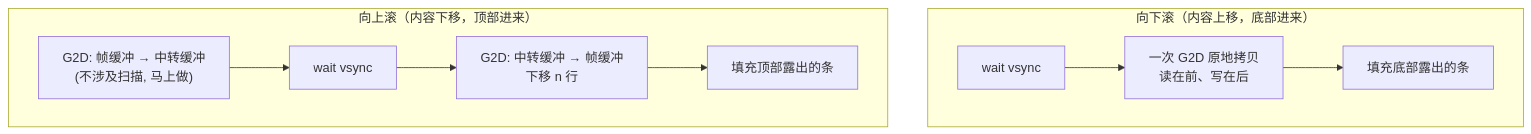
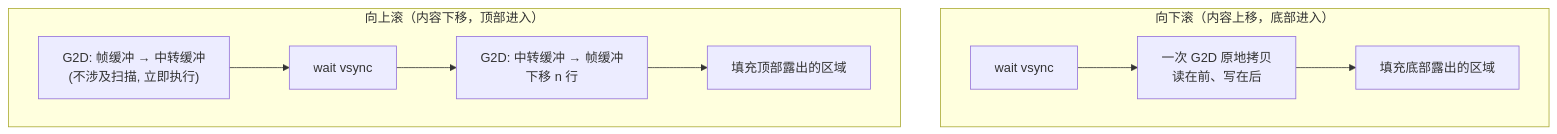
The fifth of 6 diagrams in source/_posts/2026-10-14-lvgl-fast-scroll.md (YuzukiTsuru/YuzukiTsuru.GitHub.io), drawn with Mermaid before and after one commit. The commit also changed other lines of this file and 2 other files, not shown here.

````diff
--- a/source/_posts/2026-10-14-lvgl-fast-scroll.md
+++ b/source/_posts/2026-10-14-lvgl-fast-scroll.md
@@ -319,12 +326,12 @@
 ```mermaid
 flowchart TB
-    subgraph 向下滚["向下滚（内容上移，底部进来）"]
+    subgraph 向下滚["向下滚（内容上移，底部进入）"]
     U1[wait vsync] --> U2["一次 G2D 原地拷贝<br/>读在前、写在后"]
-    U2 --> U3[填充底部露出的条]
+    U2 --> U3[填充底部露出的区域]
     end
-    subgraph 向上滚["向上滚（内容下移，顶部进来）"]
-    D1["G2D: 帧缓冲 → 中转缓冲<br/>(不涉及扫描, 马上做)"] --> D2[wait vsync]
+    subgraph 向上滚["向上滚（内容下移，顶部进入）"]
+    D1["G2D: 帧缓冲 → 中转缓冲<br/>(不涉及扫描, 立即执行)"] --> D2[wait vsync]
     D2 --> D3["G2D: 中转缓冲 → 帧缓冲<br/>下移 n 行"]
-    D3 --> D4[填充顶部露出的条]
+    D3 --> D4[填充顶部露出的区域]
     end
 ```
````
